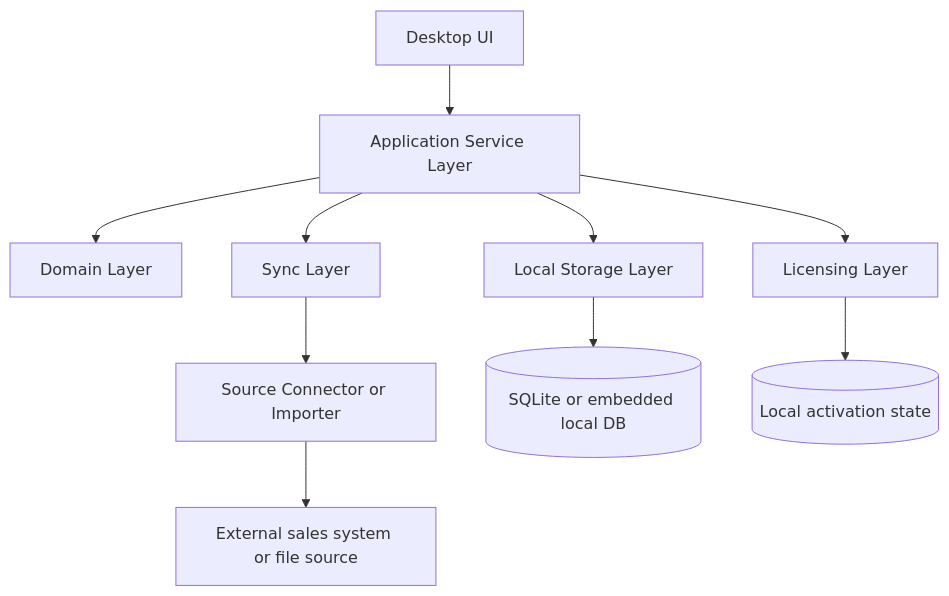
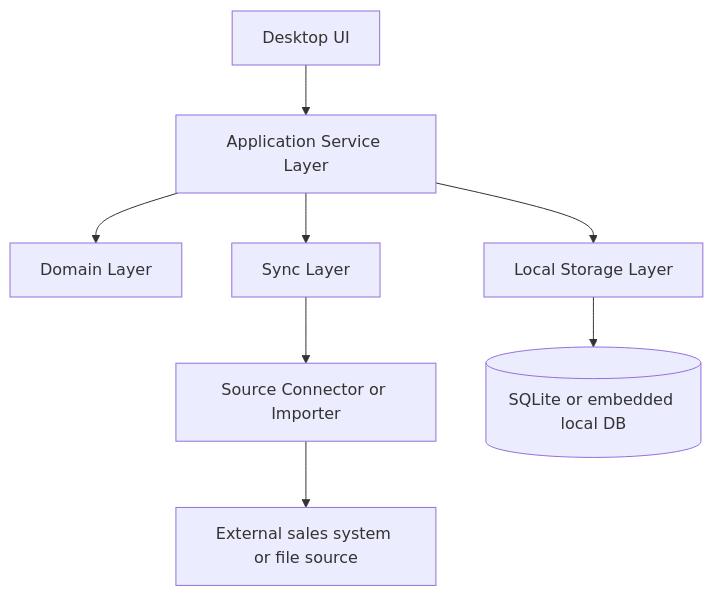
One commit to Vankhadev/phanmemoffline changed the diagram in plans/vankha-dev-quan-ly-khach-hang-architecture.md. Above: the diagram before and after it, drawn with Mermaid. The commit also changed other lines of this file and 64 other files, not shown here.

````diff
--- a/plans/vankha-dev-quan-ly-khach-hang-architecture.md
+++ b/plans/vankha-dev-quan-ly-khach-hang-architecture.md
@@ -77,12 +77,10 @@
 ```mermaid
 flowchart TB
   UI[Desktop UI] --> AppSvc[Application Service Layer]
   AppSvc --> Domain[Domain Layer]
   AppSvc --> LocalDB[Local Storage Layer]
   AppSvc --> Sync[Sync Layer]
-  AppSvc --> License[Licensing Layer]
   Sync --> Connector[Source Connector or Importer]
   LocalDB --> DB[(SQLite or embedded local DB)]
-  License --> LicenseState[(Local activation state)]
   Connector --> Ext[External sales system or file source]
 ```
````
